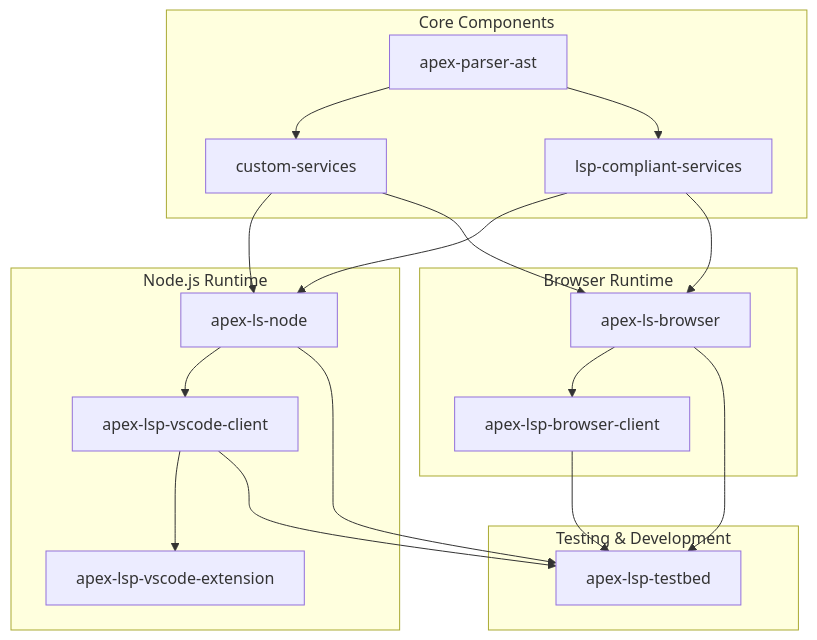
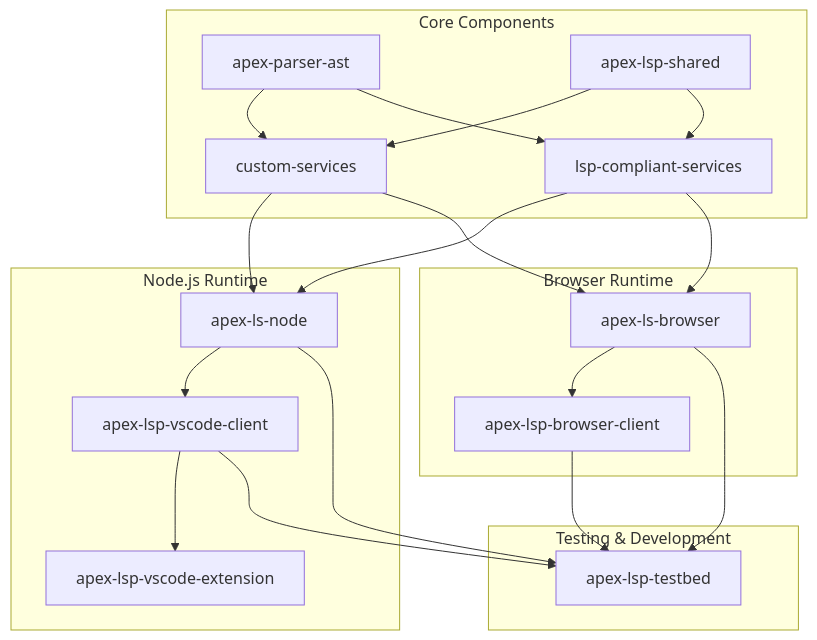
The diagram in README.md (forcedotcom/apex-language-support), drawn with Mermaid before and after one commit. The commit also changed other lines of this file and 3 other files, not shown here.

````diff
--- a/README.md
+++ b/README.md
@@ -11,44 +11,47 @@
 ```mermaid
 graph TD
     subgraph "Core Components"
         apex-parser-ast[apex-parser-ast]
         custom-services[custom-services]
         lsp-compliant-services[lsp-compliant-services]
+        apex-lsp-shared[apex-lsp-shared]
     end
 
     subgraph "Node.js Runtime"
         apex-ls-node[apex-ls-node]
         apex-lsp-vscode-extension[apex-lsp-vscode-extension]
         apex-lsp-vscode-client[apex-lsp-vscode-client]
     end
 
     subgraph "Browser Runtime"
         apex-ls-browser[apex-ls-browser]
         apex-lsp-browser-client[apex-lsp-browser-client]
     end
 
     subgraph "Testing & Development"
         apex-lsp-testbed[apex-lsp-testbed]
     end
 
     %% Core dependencies
     apex-parser-ast --> custom-services
     apex-parser-ast --> lsp-compliant-services
+    apex-lsp-shared --> custom-services
+    apex-lsp-shared --> lsp-compliant-services
 
     %% Node.js implementation
     custom-services --> apex-ls-node
     lsp-compliant-services --> apex-ls-node
     apex-ls-node --> apex-lsp-vscode-client
     apex-lsp-vscode-client --> apex-lsp-vscode-extension
 
     %% Browser implementation
     custom-services --> apex-ls-browser
     lsp-compliant-services --> apex-ls-browser
     apex-ls-browser --> apex-lsp-browser-client
 
     %% Testing dependencies
     apex-ls-node --> apex-lsp-testbed
     apex-ls-browser --> apex-lsp-testbed
     apex-lsp-vscode-client --> apex-lsp-testbed
     apex-lsp-browser-client --> apex-lsp-testbed
 ```
````
